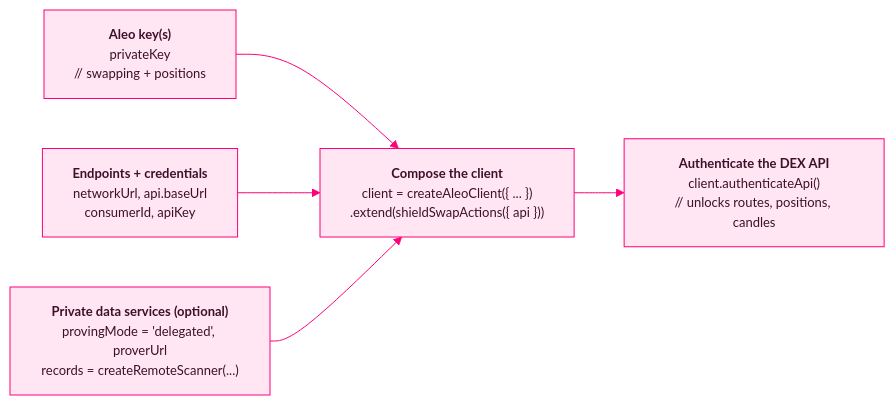
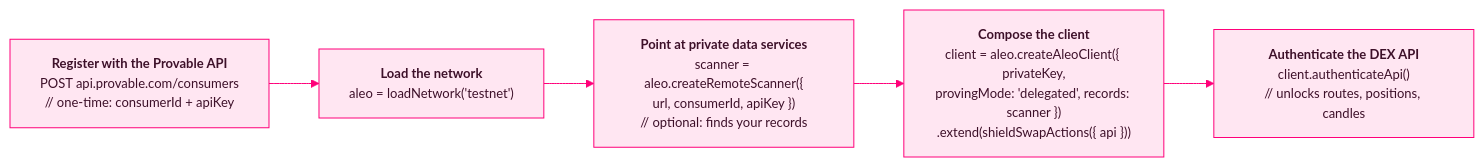
The first of 3 diagrams in README.md (ProvableHQ/veil), drawn with Mermaid before and after one commit.

Commit message:
[Docs] Show the configuration flow as sequential setup steps

````diff
--- a/README.md
+++ b/README.md
@@ -288,18 +288,16 @@
 ```mermaid
 %%{init: {"theme": "base", "themeVariables": {
   "primaryColor": "#ffe6f2",
   "primaryTextColor": "#3d1029",
   "primaryBorderColor": "#ff007a",
   "lineColor": "#ff007a",
   "edgeLabelBackground": "#fff0f7",
   "fontSize": "13px"
 }}}%%
 flowchart LR
-  K["<b>Aleo key(s)</b><br/>privateKey<br/>// swapping + positions"]
-  API["<b>Endpoints + credentials</b><br/>networkUrl, api.baseUrl<br/>consumerId, apiKey"]
-  P["<b>Private data services (optional)</b><br/>provingMode = 'delegated', proverUrl<br/>records = createRemoteScanner(...)"]
-  K --> CL["<b>Compose the client</b><br/>client = createAleoClient({ ... })<br/>.extend(shieldSwapActions({ api }))"]
-  API --> CL
-  P --> CL
-  CL --> AUTH["<b>Authenticate the DEX API</b><br/>client.authenticateApi()<br/>// unlocks routes, positions, candles"]
+  A["<b>Register with the Provable API</b><br/>POST api.provable.com/consumers<br/>// one-time: consumerId + apiKey"]
+  A --> B["<b>Load the network</b><br/>aleo = loadNetwork('testnet')"]
+  B --> C["<b>Point at private data services</b><br/>scanner = aleo.createRemoteScanner({<br/>url, consumerId, apiKey })<br/>// optional: finds your records"]
+  C --> D["<b>Compose the client</b><br/>client = aleo.createAleoClient({ privateKey,<br/>provingMode: 'delegated', records: scanner })<br/>.extend(shieldSwapActions({ api }))"]
+  D --> E["<b>Authenticate the DEX API</b><br/>client.authenticateApi()<br/>// unlocks routes, positions, candles"]
 ```
````
